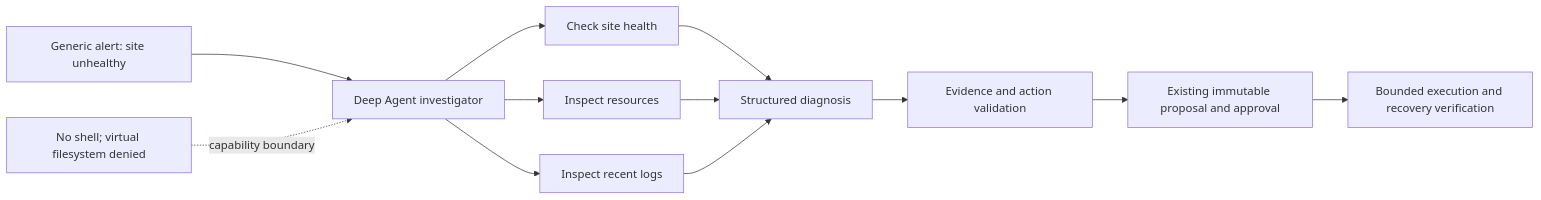
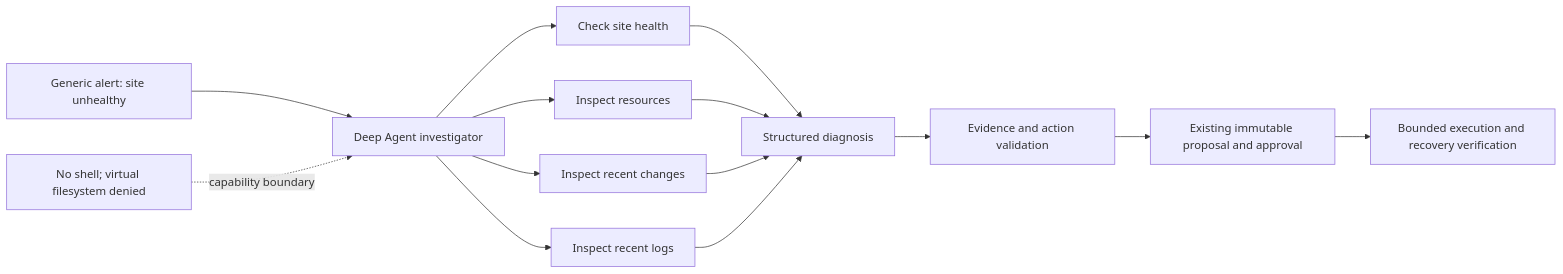
Before and after one commit to cameronqj/incident-response-agent: the second of 2 diagrams in README.md, drawn with Mermaid. The commit also changed other lines of this file and 4 other files, not shown here.

````diff
--- a/README.md
+++ b/README.md
@@ -45,14 +45,16 @@
 ```mermaid
 flowchart LR
     Alert["Generic alert: site unhealthy"] --> Agent["Deep Agent investigator"]
     Agent --> Health["Check site health"]
     Agent --> Resources["Inspect resources"]
+    Agent --> Changes["Inspect recent changes"]
     Agent --> Logs["Inspect recent logs"]
     Health --> Diagnosis["Structured diagnosis"]
     Resources --> Diagnosis
+    Changes --> Diagnosis
     Logs --> Diagnosis
     Diagnosis --> Validation["Evidence and action validation"]
     Validation --> Approval["Existing immutable proposal and approval"]
     Approval --> Execution["Bounded execution and recovery verification"]
     Permissions["No shell; virtual filesystem denied"] -. capability boundary .-> Agent
 ```
````
